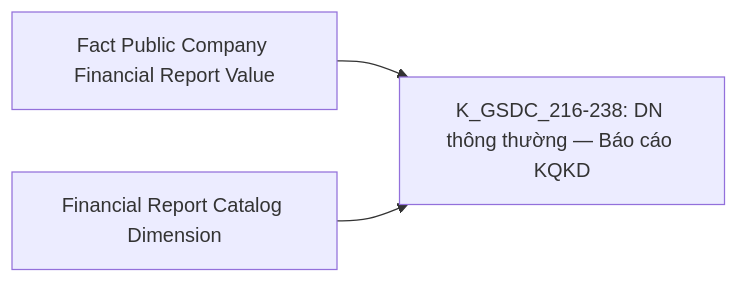
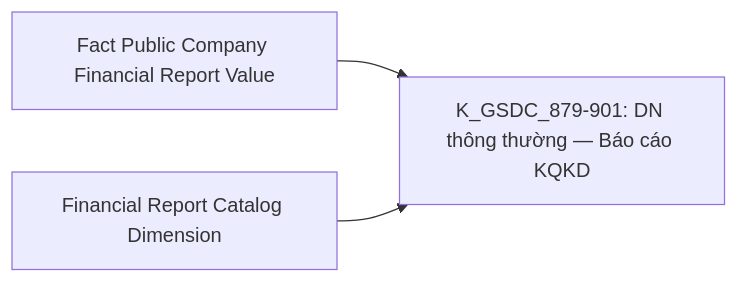
Diagram 36 of 55 in Datamart/hld/DTM_GSDC_HLD.md (linhlvit/ubck_atomic_design), drawn with Mermaid before and after one commit. The commit also changed other lines of this file and 2 other files, not shown here.

Commit message:
update GSDC

````diff
--- a/Datamart/hld/DTM_GSDC_HLD.md
+++ b/Datamart/hld/DTM_GSDC_HLD.md
@@ -1865,5 +1865,5 @@
 ```mermaid
 flowchart LR
-    fct_pc_fr_val_g20["Fact Public Company Financial Report Value"] --> R20["K_GSDC_216-238: DN thông thường — Báo cáo KQKD"]
+    fct_pc_fr_val_g20["Fact Public Company Financial Report Value"] --> R20["K_GSDC_879-901: DN thông thường — Báo cáo KQKD"]
     financial_rpt_catalog_dim_g20["Financial Report Catalog Dimension"] --> R20
 ```
````
